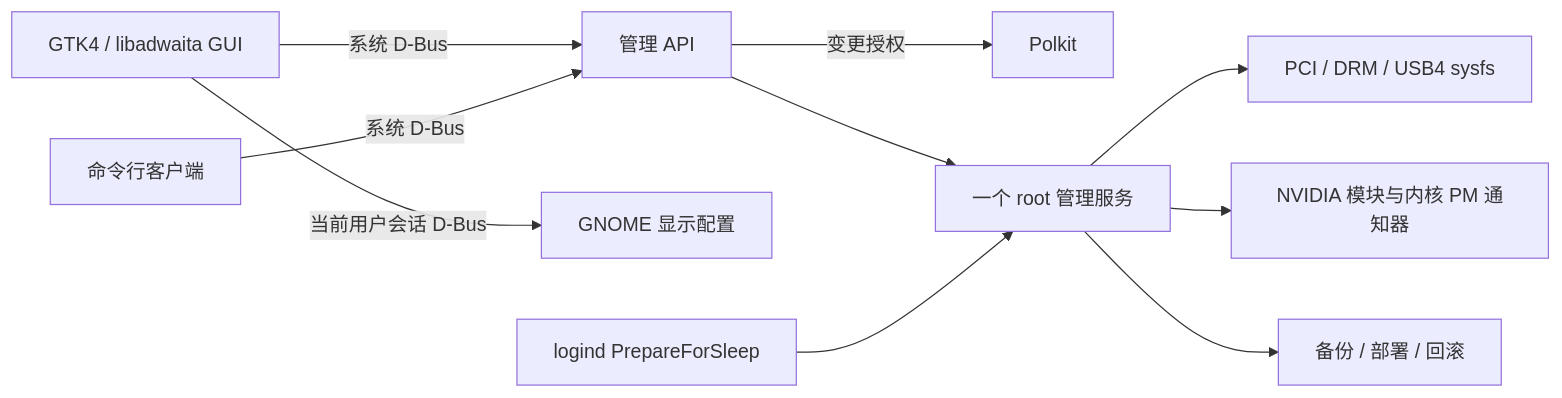
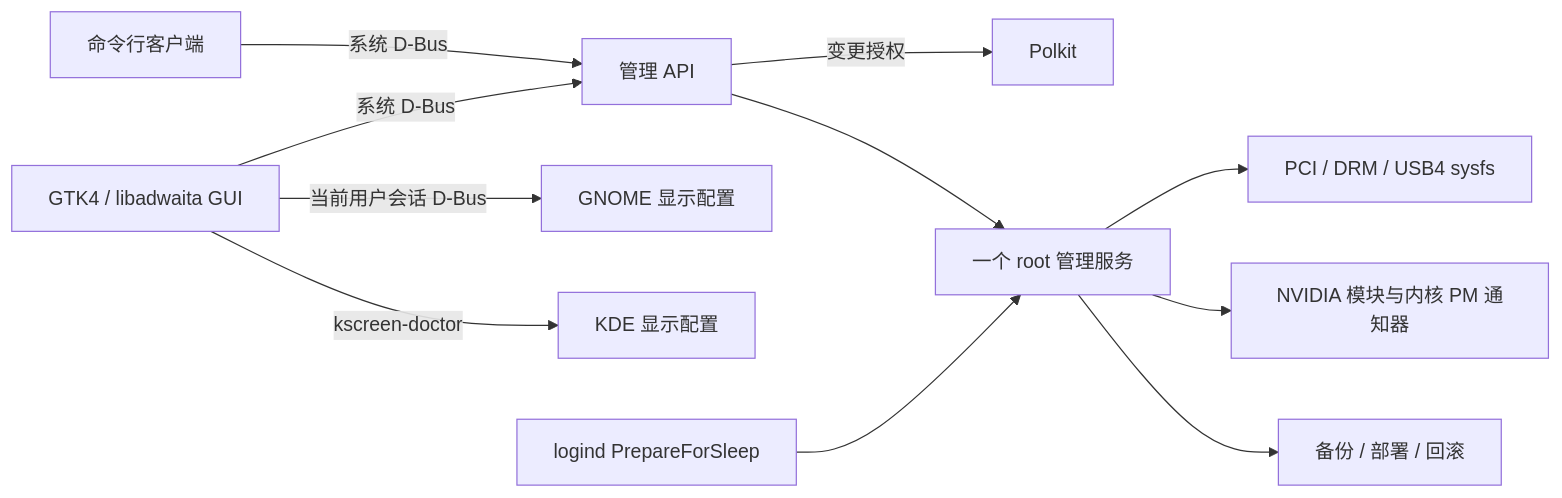
Before and after one commit to Wenbo-Zhong/gpu-dock-manager: the diagram in ARCHITECTURE.md, drawn with Mermaid. The commit also changed other lines of this file and 39 other files, not shown here.

````diff
--- a/ARCHITECTURE.md
+++ b/ARCHITECTURE.md
@@ -3,12 +3,13 @@
 ```mermaid
 flowchart LR
   UI[GTK4 / libadwaita GUI] -->|系统 D-Bus| API[管理 API]
   UI -->|当前用户会话 D-Bus| Mutter[GNOME 显示配置]
+  UI -->|kscreen-doctor| KScreen[KDE 显示配置]
   CLI[命令行客户端] -->|系统 D-Bus| API
   API -->|变更授权| Polkit[Polkit]
   API --> Manager[一个 root 管理服务]
   Manager --> Sysfs[PCI / DRM / USB4 sysfs]
   Manager --> Driver[NVIDIA 模块与内核 PM 通知器]
   Manager --> Deploy[备份 / 部署 / 回滚]
   Logind[logind PrepareForSleep] --> Manager
 ```
````
